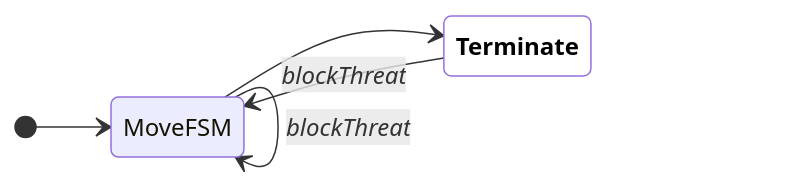
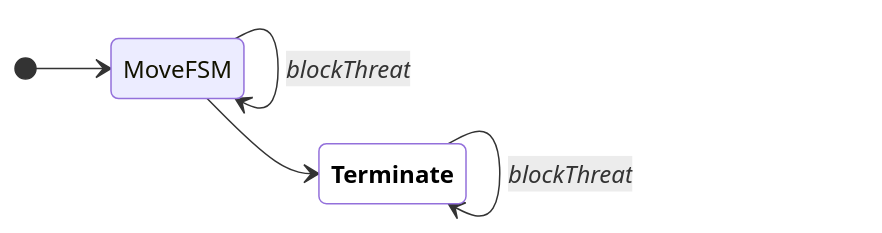
Before and after one commit to UBC-Thunderbots/Software: the fifth of 18 diagrams in docs/fsm-diagrams.md, drawn with Mermaid. The commit also changed other lines of this file, not shown here.

Commit message:
Update FSM diagrams

````diff
--- a/docs/fsm-diagrams.md
+++ b/docs/fsm-diagrams.md
@@ -77,11 +77,11 @@
 ```mermaid
 
 stateDiagram-v2
 classDef terminate fill:white,color:black,font-weight:bold
 direction LR
 [*] --> MoveFSM
 MoveFSM --> MoveFSM : <i>blockThreat</i>
 MoveFSM --> Terminate:::terminate
-Terminate:::terminate --> MoveFSM : <i>blockThreat</i>
+Terminate:::terminate --> Terminate:::terminate : <i>blockThreat</i>
 
 ```
````
